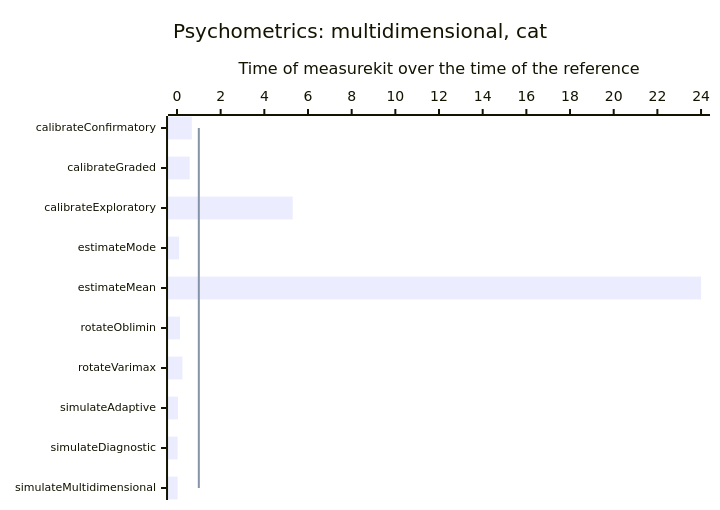
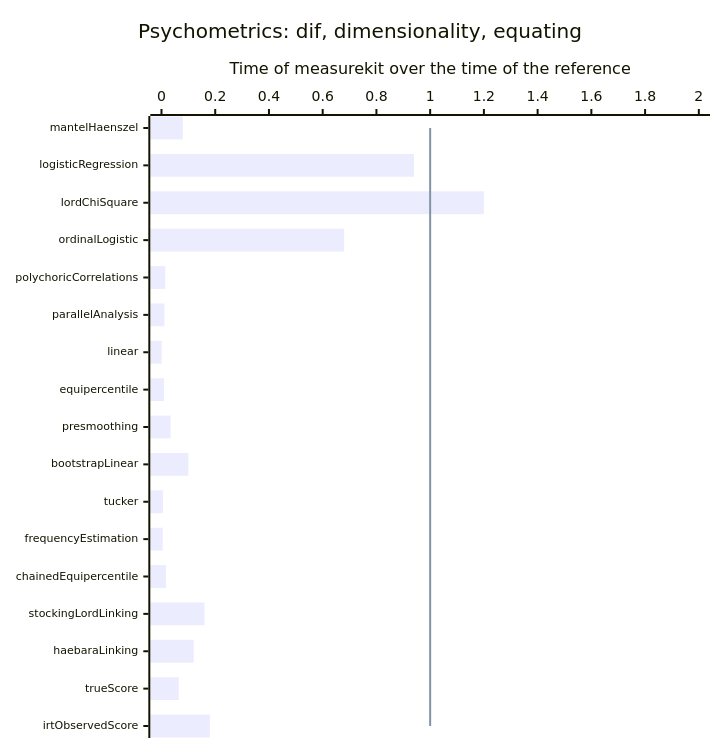
One commit to measurekit/measurekit changed the fourth of 11 diagrams in docs/performance.md. Above: the diagram before and after it, drawn with Mermaid. The commit also changed other lines of this file and 15 other files, not shown here.

````diff
--- a/docs/performance.md
+++ b/docs/performance.md
@@ -43,9 +43,9 @@
 ```mermaid
-%%{init: {"xyChart": {"height": 490, "xAxis": {"labelFontSize": 11}}}}%%
+%%{init: {"xyChart": {"height": 728, "xAxis": {"labelFontSize": 11}}}}%%
 xychart-beta horizontal
-  title "Psychometrics: multidimensional, cat"
-  x-axis ["calibrateConfirmatory", "calibrateGraded", "calibrateExploratory", "estimateMode", "estimateMean", "rotateOblimin", "rotateVarimax", "simulateAdaptive", "simulateDiagnostic", "simulateMultidimensional"]
-  y-axis "Time of measurekit over the time of the reference" 0 --> 24
-  bar [0.68, 0.58, 5.3, 0.097, 24, 0.14, 0.25, 0.043, 0.028, 0.029]
-  line [1, 1, 1, 1, 1, 1, 1, 1, 1, 1]
+  title "Psychometrics: dif, dimensionality, equating"
+  x-axis ["mantelHaenszel", "logisticRegression", "lordChiSquare", "ordinalLogistic", "polychoricCorrelations", "parallelAnalysis", "linear", "equipercentile", "presmoothing", "bootstrapLinear", "tucker", "frequencyEstimation", "chainedEquipercentile", "stockingLordLinking", "haebaraLinking", "trueScore", "irtObservedScore"]
+  y-axis "Time of measurekit over the time of the reference" 0 --> 2
+  bar [0.079, 0.94, 1.2, 0.68, 0.014, 0.011, 0.00095, 0.0097, 0.034, 0.1, 0.0053, 0.0047, 0.017, 0.16, 0.12, 0.064, 0.18]
+  line [1, 1, 1, 1, 1, 1, 1, 1, 1, 1, 1, 1, 1, 1, 1, 1, 1]
 ```
````
